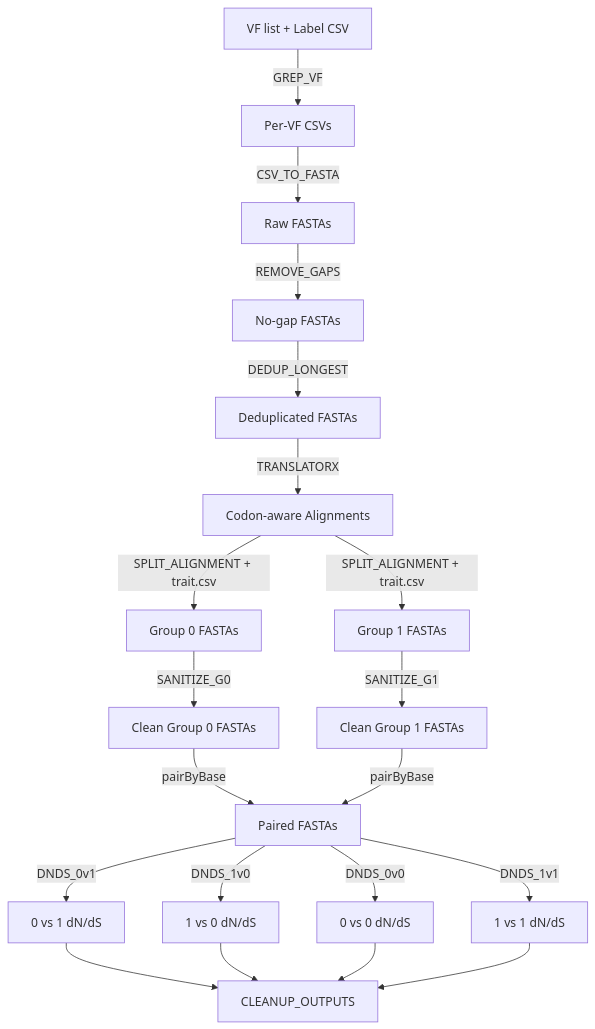
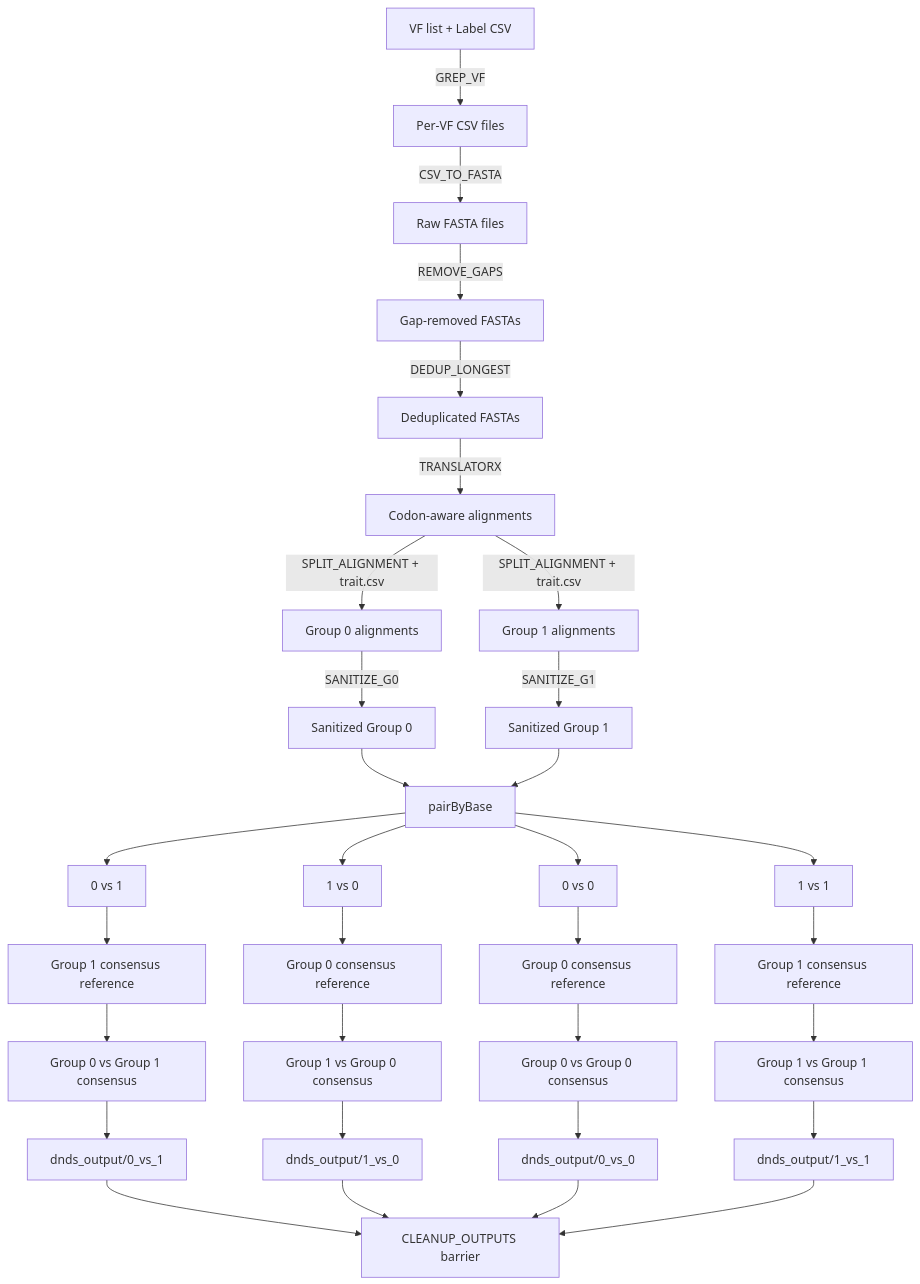
One commit to BoxuanBobLi/dNdS_tool changed the diagram in workflow/README.md. Above: the diagram before and after it, drawn with Mermaid. The commit also changed other lines of this file, not shown here.

````diff
--- a/workflow/README.md
+++ b/workflow/README.md
@@ -126,18 +455,49 @@
 ```mermaid
 flowchart TD
-    A[VF list + Label CSV] -->|GREP_VF| B[Per-VF CSVs]
-    B -->|CSV_TO_FASTA| C[Raw FASTAs]
-    C -->|REMOVE_GAPS| D[No-gap FASTAs]
+
+    A[VF list + Label CSV] -->|GREP_VF| B[Per-VF CSV files]
+
+    B -->|CSV_TO_FASTA| C[Raw FASTA files]
+
+    C -->|REMOVE_GAPS| D[Gap-removed FASTAs]
+
     D -->|DEDUP_LONGEST| E[Deduplicated FASTAs]
-    E -->|TRANSLATORX| F[Codon-aware Alignments]
-    F -->|SPLIT_ALIGNMENT + trait.csv| G0[Group 0 FASTAs]
-    F -->|SPLIT_ALIGNMENT + trait.csv| G1[Group 1 FASTAs]
-    G0 -->|SANITIZE_G0| H0[Clean Group 0 FASTAs]
-    G1 -->|SANITIZE_G1| H1[Clean Group 1 FASTAs]
-    H0 & H1 -->|pairByBase| I[Paired FASTAs]
-    I -->|DNDS_0v1| J0[0 vs 1 dN/dS]
-    I -->|DNDS_1v0| J1[1 vs 0 dN/dS]
-    I -->|DNDS_0v0| J2[0 vs 0 dN/dS]
-    I -->|DNDS_1v1| J3[1 vs 1 dN/dS]
-    J0 & J1 & J2 & J3 --> K[CLEANUP_OUTPUTS]
+
+    E -->|TRANSLATORX| F[Codon-aware alignments]
+
+    F -->|SPLIT_ALIGNMENT + trait.csv| G0[Group 0 alignments]
+    F -->|SPLIT_ALIGNMENT + trait.csv| G1[Group 1 alignments]
+
+    G0 -->|SANITIZE_G0| H0[Sanitized Group 0]
+    G1 -->|SANITIZE_G1| H1[Sanitized Group 1]
+
+    H0 --> P[pairByBase]
+    H1 --> P
+
+    P --> C01[0 vs 1]
+    P --> C10[1 vs 0]
+    P --> C00[0 vs 0]
+    P --> C11[1 vs 1]
+
+    C01 --> R01[Group 1 consensus reference]
+    R01 --> D01[Group 0 vs Group 1 consensus]
+
+    C10 --> R10[Group 0 consensus reference]
+    R10 --> D10[Group 1 vs Group 0 consensus]
+
+    C00 --> R00[Group 0 consensus reference]
+    R00 --> D00[Group 0 vs Group 0 consensus]
+
+    C11 --> R11[Group 1 consensus reference]
+    R11 --> D11[Group 1 vs Group 1 consensus]
+
+    D01 --> O01[dnds_output/0_vs_1]
+    D10 --> O10[dnds_output/1_vs_0]
+    D00 --> O00[dnds_output/0_vs_0]
+    D11 --> O11[dnds_output/1_vs_1]
+
+    O01 --> Z[CLEANUP_OUTPUTS barrier]
+    O10 --> Z
+    O00 --> Z
+    O11 --> Z
 ```
````
